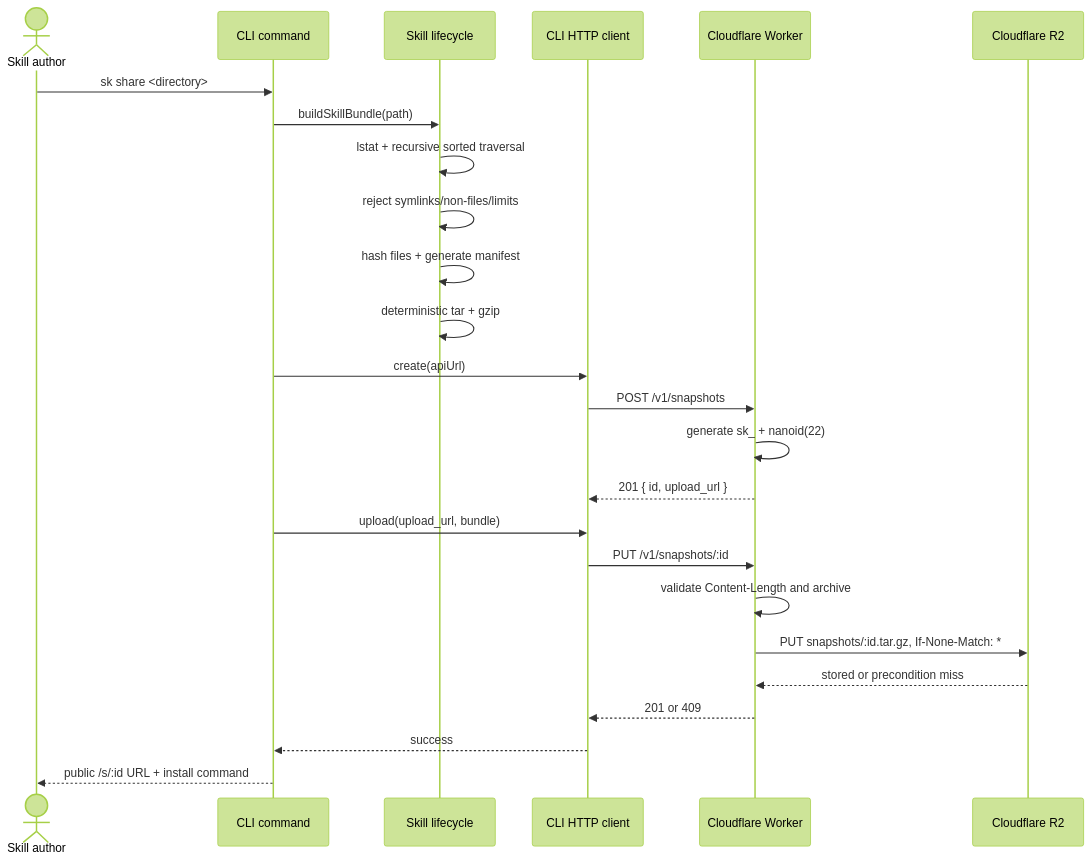
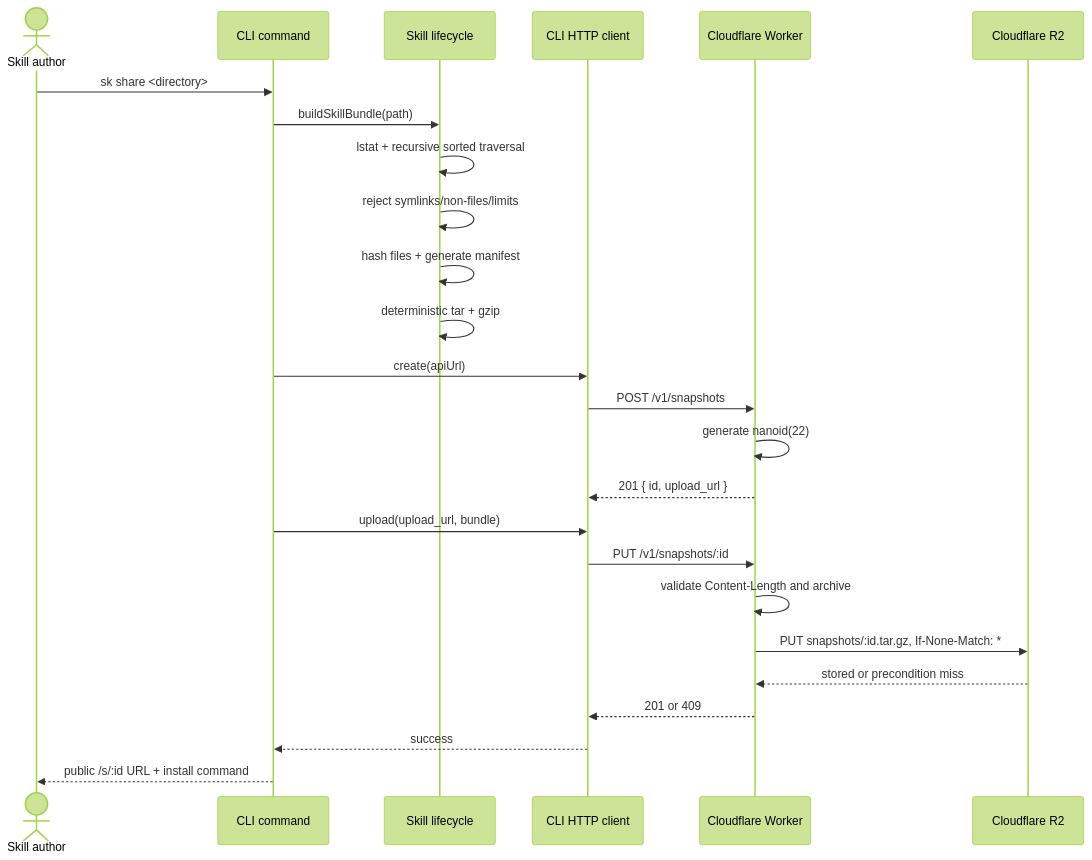
Before and after one commit to skilldrophq/skilldrop: the third of 7 diagrams in FULL_ARCH.md, drawn with Mermaid (forest theme). The commit also changed other lines of this file and 16 other files, not shown here.

````diff
--- a/FULL_ARCH.md
+++ b/FULL_ARCH.md
@@ -186,28 +186,28 @@
 ```mermaid
 sequenceDiagram
   actor Author as Skill author
   participant Cmd as CLI command
   participant Skill as Skill lifecycle
   participant API as CLI HTTP client
   participant Worker as Cloudflare Worker
   participant R2 as Cloudflare R2
 
   Author->>Cmd: sk share <directory>
   Cmd->>Skill: buildSkillBundle(path)
   Skill->>Skill: lstat + recursive sorted traversal
   Skill->>Skill: reject symlinks/non-files/limits
   Skill->>Skill: hash files + generate manifest
   Skill->>Skill: deterministic tar + gzip
   Cmd->>API: create(apiUrl)
   API->>Worker: POST /v1/snapshots
-  Worker->>Worker: generate sk_ + nanoid(22)
+  Worker->>Worker: generate nanoid(22)
   Worker-->>API: 201 { id, upload_url }
   Cmd->>API: upload(upload_url, bundle)
   API->>Worker: PUT /v1/snapshots/:id
   Worker->>Worker: validate Content-Length and archive
   Worker->>R2: PUT snapshots/:id.tar.gz, If-None-Match: *
   R2-->>Worker: stored or precondition miss
   Worker-->>API: 201 or 409
   API-->>Cmd: success
   Cmd-->>Author: public /s/:id URL + install command
 ```
````
